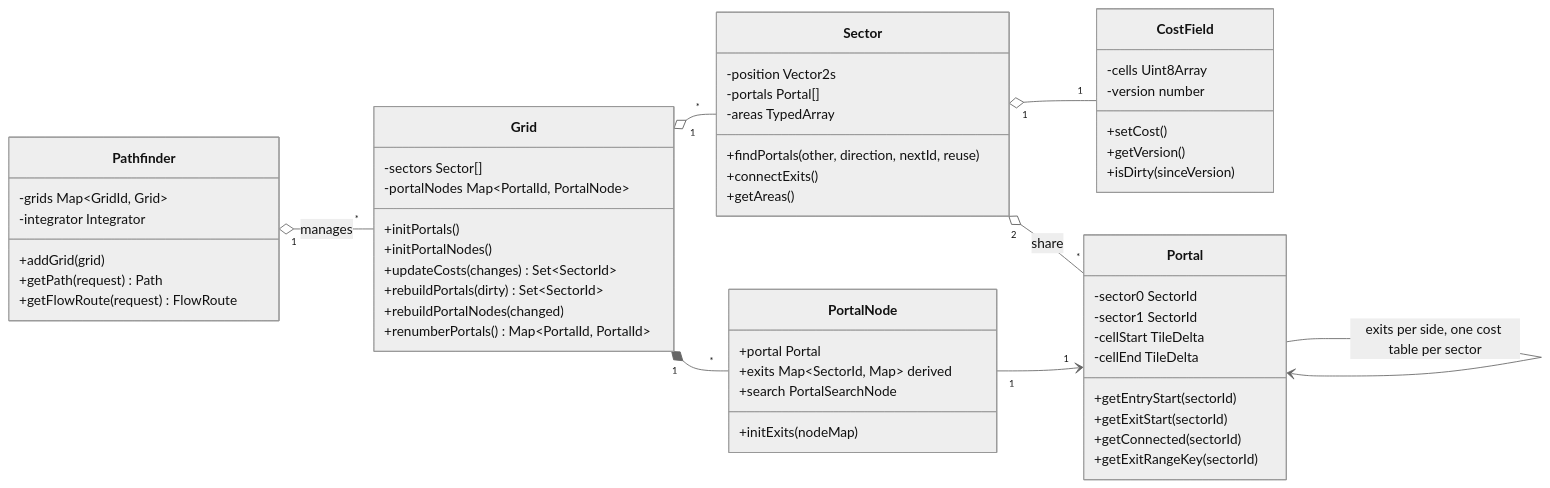
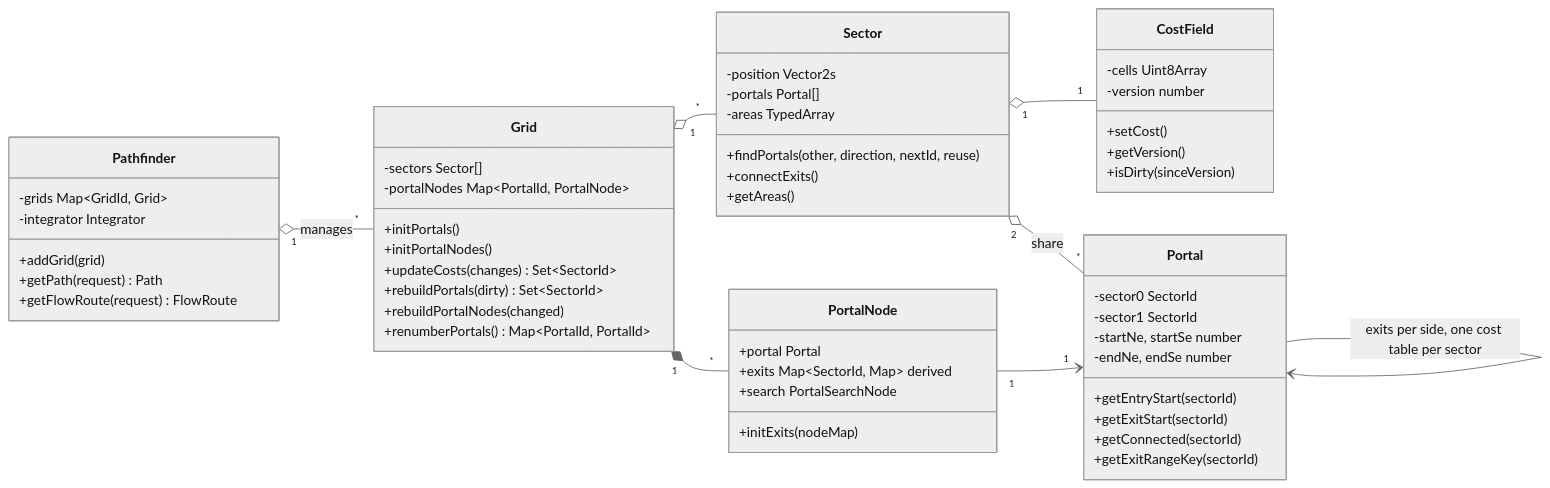
The fifth of 18 diagrams in docs/ARCHITECTURE.md (leptoquark1/openage-pfadfinder), drawn with Mermaid (neutral theme) before and after one commit. The commit also changed other lines of this file and 5 other files, not shown here.

First line of the commit message:
perf(graph): keep portal cell ranges as numbers

````diff
--- a/docs/ARCHITECTURE.md
+++ b/docs/ARCHITECTURE.md
@@ -248,61 +248,61 @@
 ```mermaid
 classDiagram
     direction LR
 
     class Pathfinder {
         -grids Map~GridId, Grid~
         -integrator Integrator
         +addGrid(grid)
         +getPath(request) Path
         +getFlowRoute(request) FlowRoute
     }
     class Grid {
         -sectors Sector[]
         -portalNodes Map~PortalId, PortalNode~
         +initPortals()
         +initPortalNodes()
         +updateCosts(changes) Set~SectorId~
         +rebuildPortals(dirty) Set~SectorId~
         +rebuildPortalNodes(changed)
         +renumberPortals() Map~PortalId, PortalId~
     }
     class Sector {
         -position Vector2s
         -portals Portal[]
         -areas TypedArray
         +findPortals(other, direction, nextId, reuse)
         +connectExits()
         +getAreas()
     }
     class Portal {
         -sector0 SectorId
         -sector1 SectorId
-        -cellStart TileDelta
-        -cellEnd TileDelta
+        -startNe, startSe number
+        -endNe, endSe number
         +getEntryStart(sectorId)
         +getExitStart(sectorId)
         +getConnected(sectorId)
         +getExitRangeKey(sectorId)
     }
     class PortalNode {
         +portal Portal
         +exits Map~SectorId, Map~ derived
         +search PortalSearchNode
         +initExits(nodeMap)
     }
     class CostField {
         -cells Uint8Array
         -version number
         +setCost()
         +getVersion()
         +isDirty(sinceVersion)
     }
 
     Pathfinder "1" o-- "*" Grid : manages
     Grid "1" o-- "*" Sector
     Grid "1" *-- "*" PortalNode
     Sector "1" o-- "1" CostField
     Sector "2" o-- "*" Portal : share
     PortalNode "1" --> "1" Portal
     Portal --> Portal : exits per side, one cost table per sector
 ```
````
